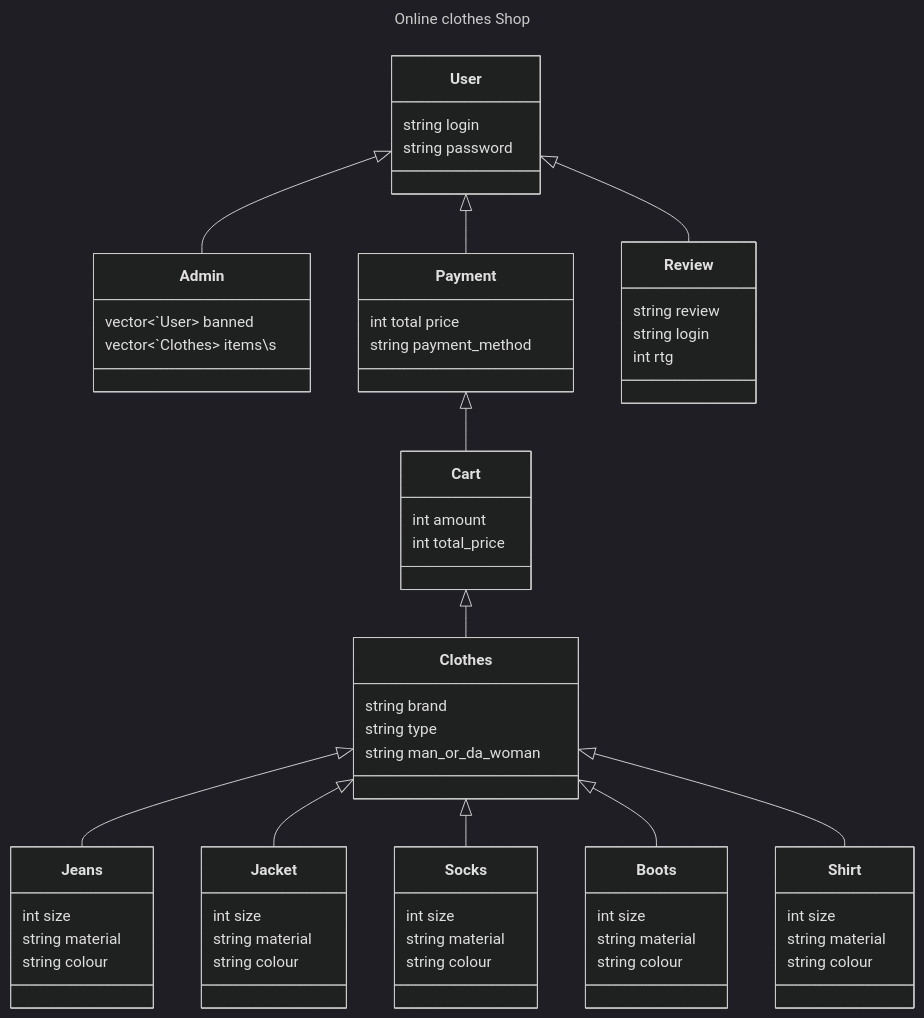
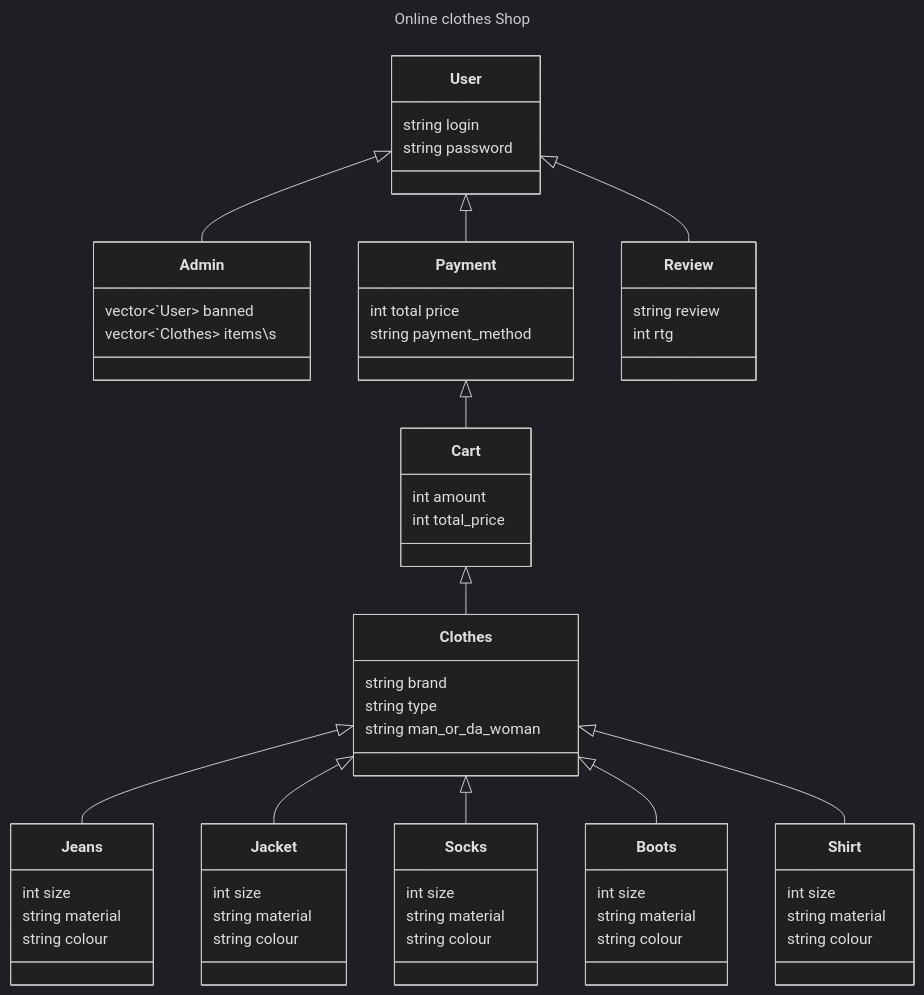
The diagram in README.md (octolss/team_lead), drawn with Mermaid (dark theme) before and after one commit. The commit also changed 2 other files, not shown here.

````diff
--- a/README.md
+++ b/README.md
@@ -1,81 +1,80 @@
 ```mermaid
 ---
 title: Online clothes Shop
 ---
 classDiagram
     User<|--Admin
     Payment <|-- Cart
     User <|-- Payment
     User<|--Review
     Cart <|-- Clothes
     Clothes <|-- Jeans
     Clothes <|-- Jacket
     Clothes <|-- Socks
     Clothes <|-- Boots
     Clothes <|-- Shirt
 
 
     class User{
         string login
         string password
     }
 
     class Admin{
         vector<`User> banned
         vector<`Clothes> items\s
     }
 
     class Clothes{
         string brand
         string type
         string man_or_da_woman
     }
 
     class Review{
         string review
-        string login
         int rtg
     }
 
     class Cart{
         int amount
         int total_price
     }
 
     class Payment{
         int total price
         string payment_method
     }
 
     class Jeans{
         int size
         string material
         string colour
     }
 
     class Jacket{
         int size
         string material
         string colour
     }
 
     class Socks{
         int size
         string material
         string colour
     }
 
     class Boots{
         int size
         string material
         string colour
     }
 
     class Shirt{
         int size
         string material
         string colour
     }
     
 
 ```
````
